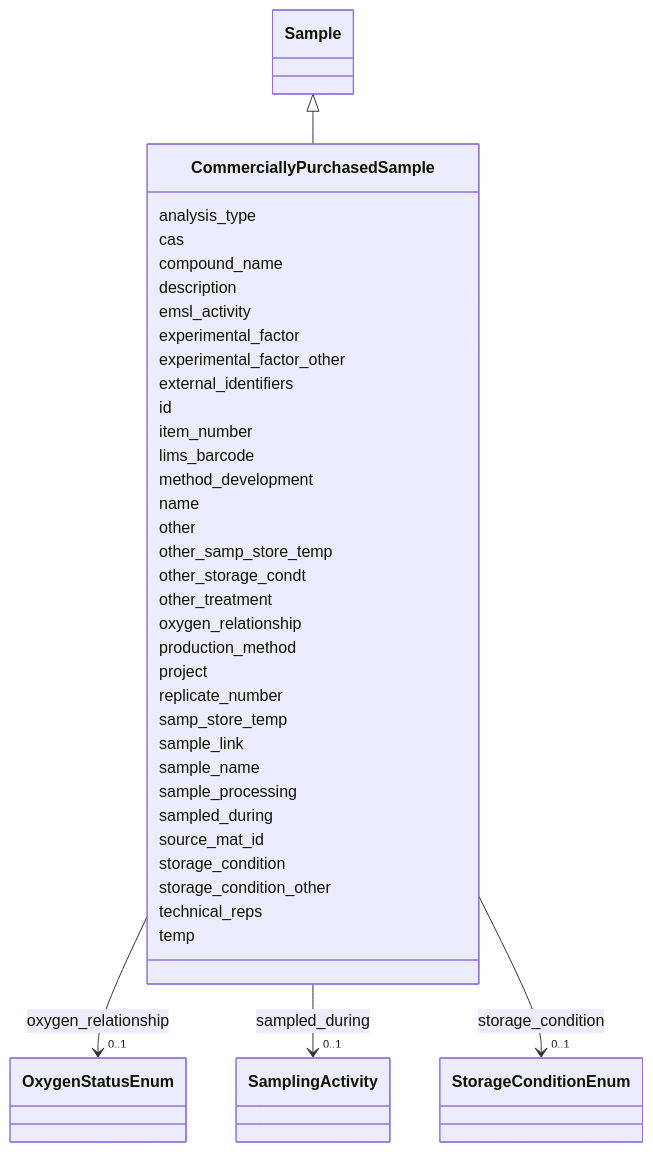
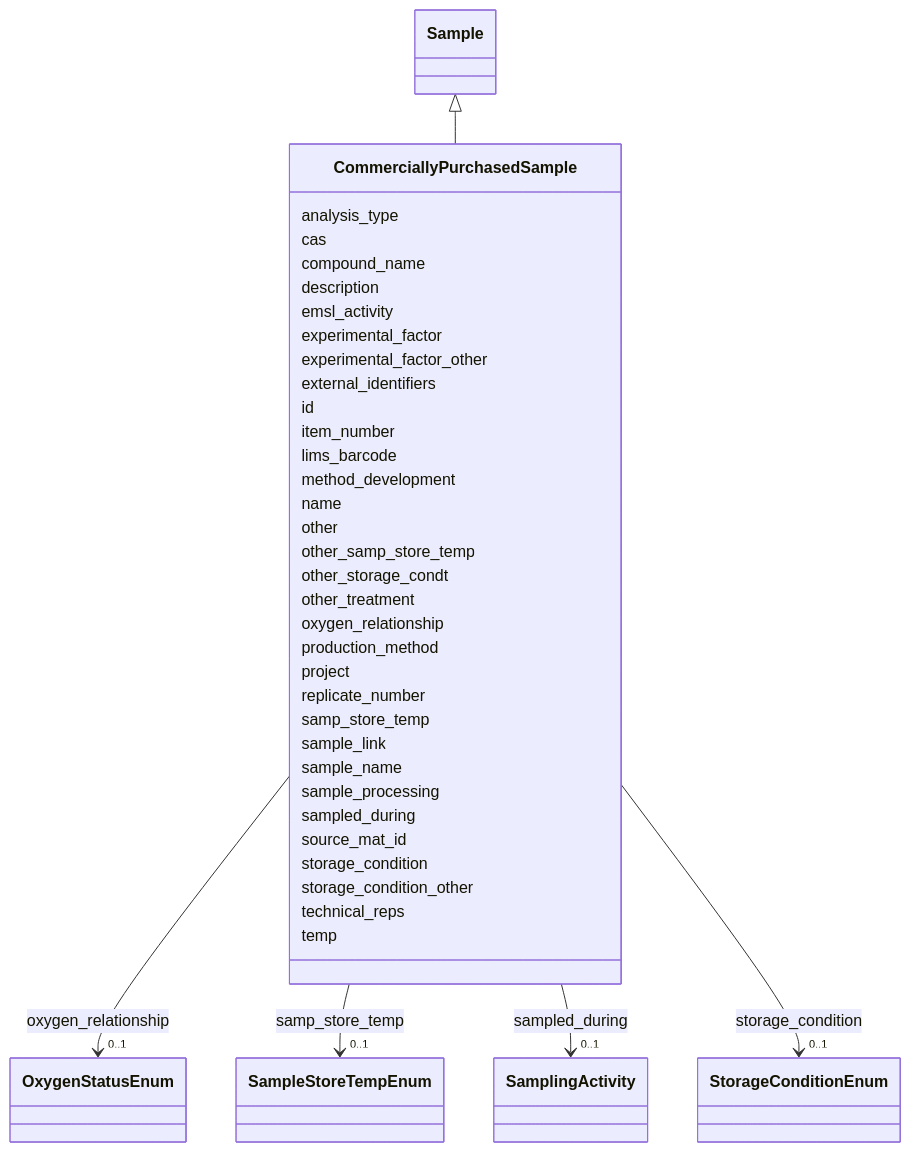
One commit to EMSL-Computing/BASALT-Schema changed the diagram in docs/elements/CommerciallyPurchasedSample.md. Above: the diagram before and after it, drawn with Mermaid. The commit also changed other lines of this file and 388 other files, not shown here.

```diff
--- a/docs/elements/CommerciallyPurchasedSample.md
+++ b/docs/elements/CommerciallyPurchasedSample.md
@@ -85,6 +85,11 @@
           
     
     
+    
+    
+    CommerciallyPurchasedSample --> "0..1" SampleStoreTempEnum : samp_store_temp
+    click SampleStoreTempEnum href "../SampleStoreTempEnum"
+    
 
         
       CommerciallyPurchasedSample : sample_link
```
